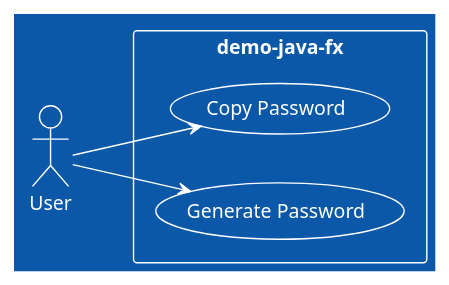
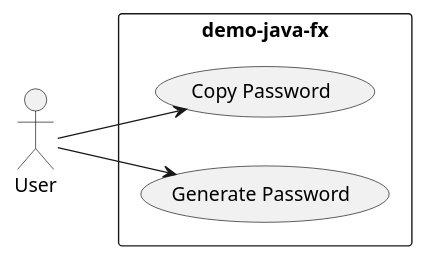
The diagram in diagrams/UseCase.puml (djvelimir/demo-java-fx), drawn with PlantUML before and after one commit.

```diff
--- a/diagrams/UseCase.puml
+++ b/diagrams/UseCase.puml
@@ -1,14 +1,13 @@
 @startuml
-!theme amiga
 left to right direction
 
 actor "User" as user
 
 rectangle demo-java-fx {
   usecase "Copy Password" as copyPassword
   usecase "Generate Password" as generatePassword
 }
 
 user --> generatePassword
 user --> copyPassword
 @enduml
```
